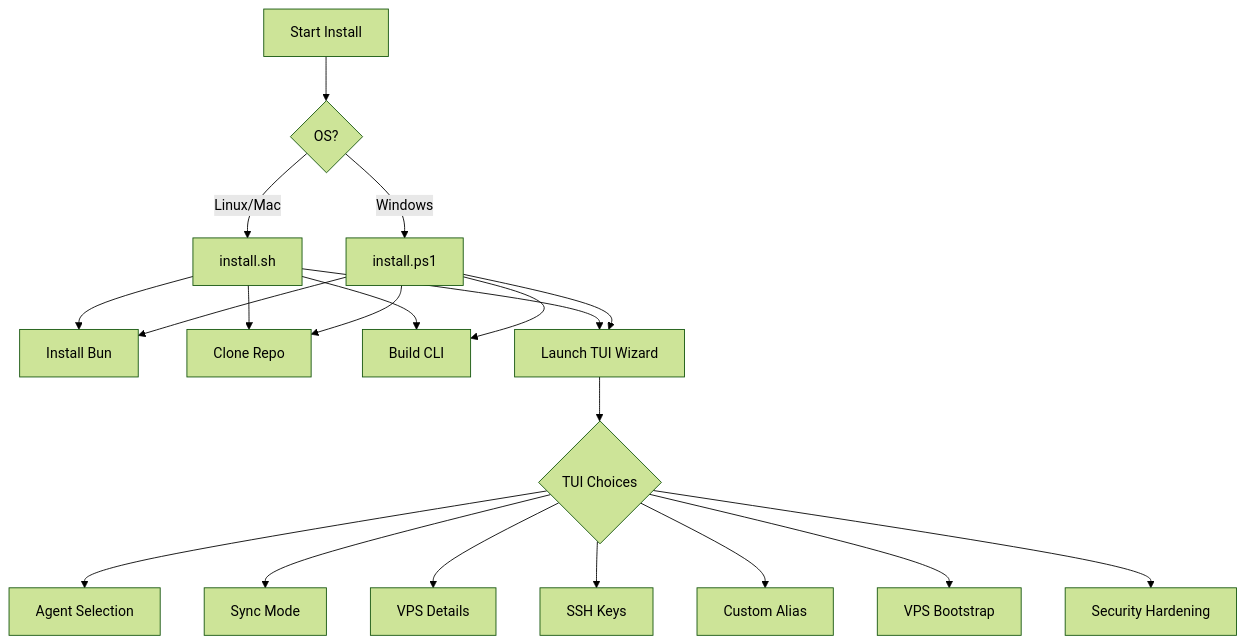
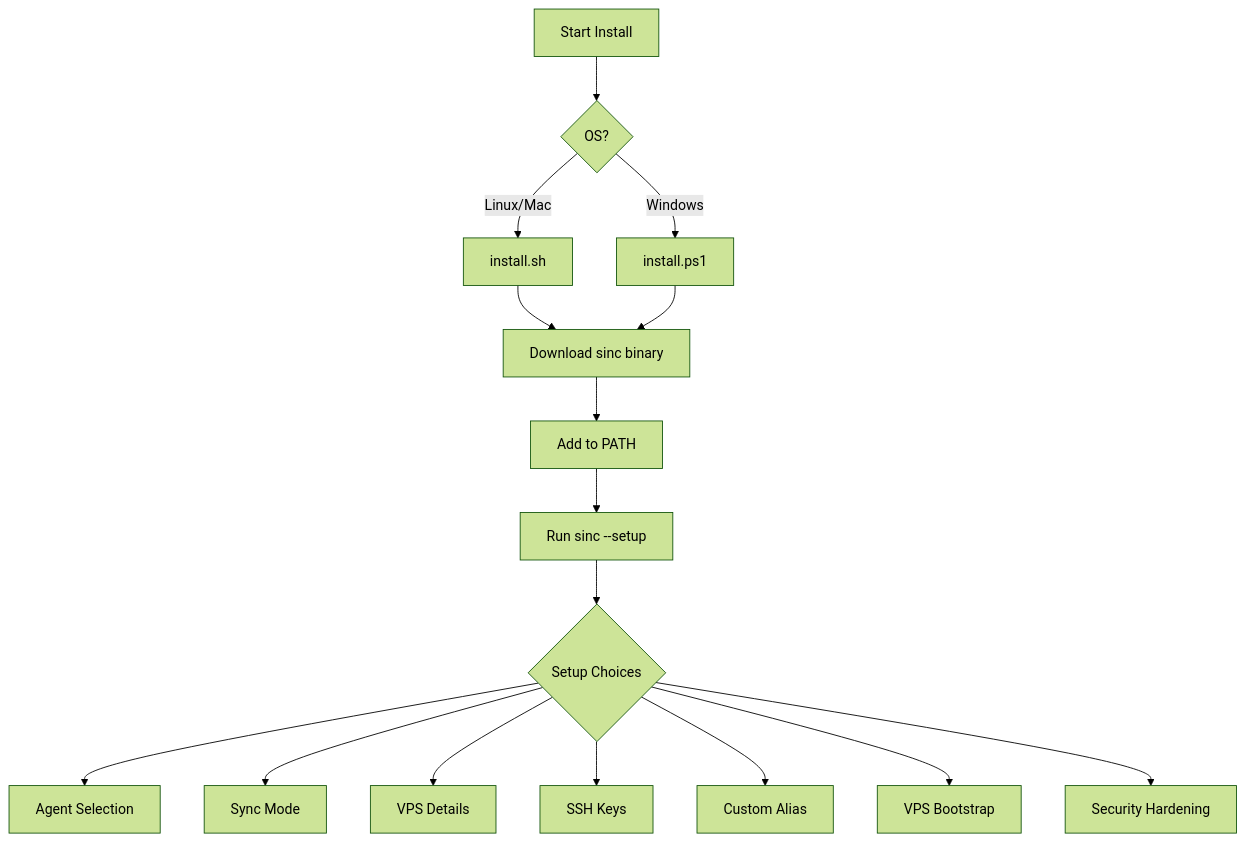
The diagram in docs/installation.mdx (Microck/sincronizado), drawn with Mermaid (forest theme) before and after one commit. The commit also changed other lines of this file and 3 other files, not shown here.

````diff
--- a/docs/installation.mdx
+++ b/docs/installation.mdx
@@ -16,25 +16,21 @@
 ```mermaid
 graph TD
     A[Start Install] --> B{OS?}
     B -->|Linux/Mac| C[install.sh]
     B -->|Windows| D[install.ps1]
-    
-    C --> E[Install Bun]
-    C --> F[Clone Repo]
-    C --> G[Build CLI]
-    C --> H[Launch TUI Wizard]
-    
+
+    C --> E[Download sinc binary]
     D --> E
-    D --> F
-    D --> G
-    D --> H
-    
-    H --> I{TUI Choices}
-    I --> J[Agent Selection]
-    I --> K[Sync Mode]
-    I --> L[VPS Details]
-    I --> M[SSH Keys]
-    I --> N[Custom Alias]
-    I --> O[VPS Bootstrap]
-    I --> P[Security Hardening]
+
+    E --> F[Add to PATH]
+    F --> G[Run sinc --setup]
+
+    G --> H{Setup Choices}
+    H --> I[Agent Selection]
+    H --> J[Sync Mode]
+    H --> K[VPS Details]
+    H --> L[SSH Keys]
+    H --> M[Custom Alias]
+    H --> N[VPS Bootstrap]
+    H --> O[Security Hardening]
 ```
````
